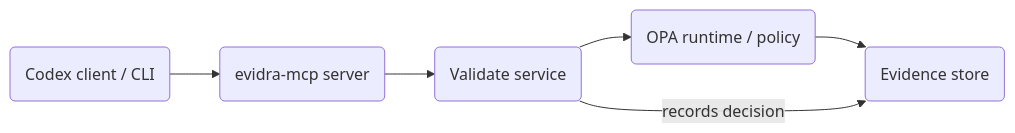
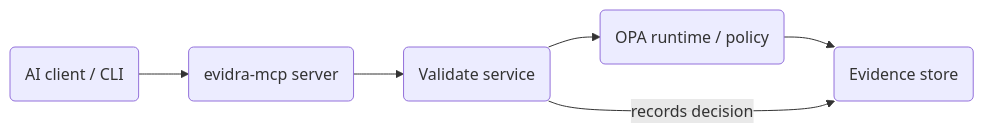
Before and after one commit to vitas/evidra-lock: the diagram in docs/architecture.md, drawn with Mermaid. The commit also changed 7 other files, not shown here.

Commit message:
docs: update architecture guides

````diff
--- a/docs/architecture.md
+++ b/docs/architecture.md
@@ -3,8 +3,8 @@
 ```mermaid
 flowchart LR
-  codex(Codex client / CLI) --> mcp(evidra-mcp server)
+  codex(AI client / CLI) --> mcp(evidra-mcp server)
   mcp --> validate(Validate service)
   validate --> runtime(OPA runtime / policy)
   runtime --> evidence(Evidence store)
   validate -->|records decision| evidence
 ```
````
